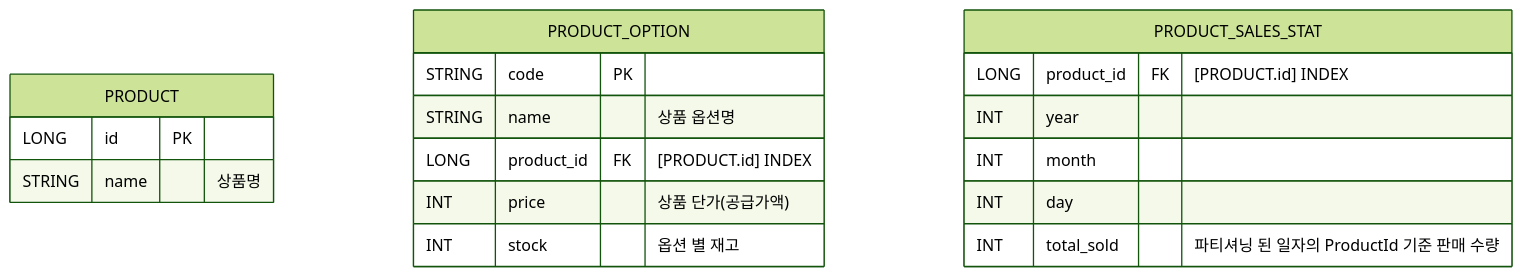
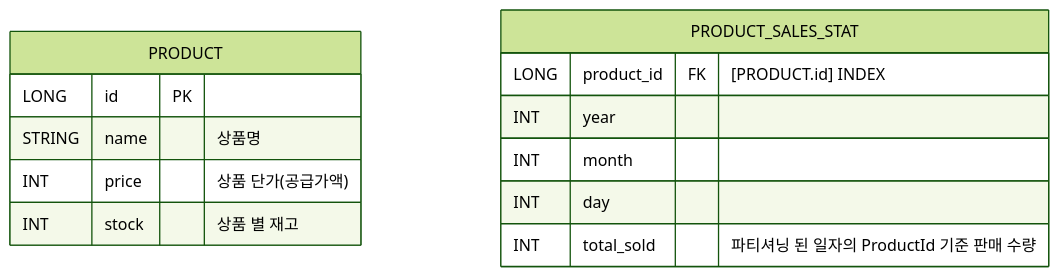
Before and after one commit to hanghae-plus-anveloper/e-commerce: the sixth of 6 diagrams in docs/entity-relationship-diagram/erd-table-group.md, drawn with Mermaid (forest theme). The commit also changed other lines of this file and 2 other files, not shown here.

Commit message:
docs: ProductOption 관련 로직 삭제

````diff
--- a/docs/entity-relationship-diagram/erd-table-group.md
+++ b/docs/entity-relationship-diagram/erd-table-group.md
@@ -219,26 +210,20 @@
 ```mermaid
 erDiagram
     PRODUCT {
         LONG    id PK
         STRING  name    "상품명"
+        INT     price   "상품 단가(공급가액)"
+        INT     stock   "상품 별 재고"
     }
 
-    PRODUCT_OPTION {
-        STRING  code PK
-        STRING  name            "상품 옵션명"
-        LONG    product_id FK   "[PRODUCT.id] INDEX"
-        INT     price           "상품 단가(공급가액)"
-        INT     stock           "옵션 별 재고"
-    }
-
-%% 상품 기준 사전 집계 혹은 요청 시 1회 집계 후 재사용
+    %% 상품 기준 사전 집계 혹은 요청 시 1회 집계 후 재사용
     PRODUCT_SALES_STAT {
         LONG    product_id FK   "[PRODUCT.id] INDEX"
         INT     year
         INT     month
         INT     day
         INT     total_sold      "파티셔닝 된 일자의 ProductId 기준 판매 수량"
 
     %% INDEX product_id, year, month, day
     }
 ```
````
